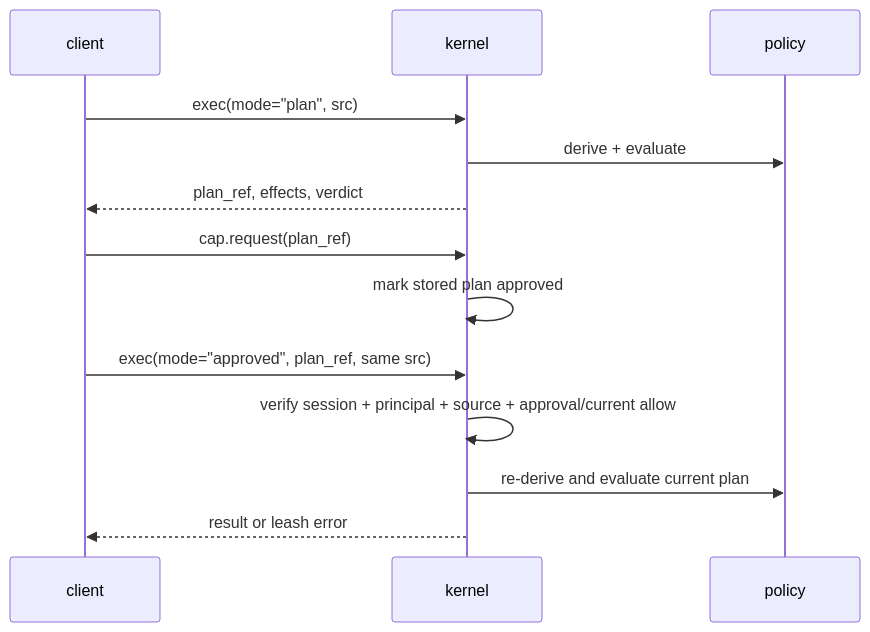
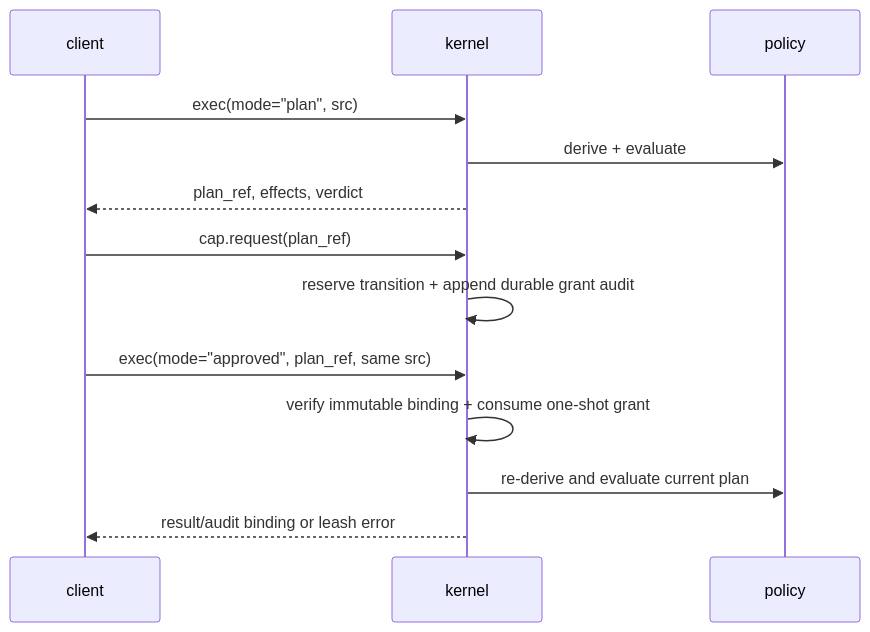
The second of 4 diagrams in site/content/internals/effects-plans-security.md (alliecatowo/shoal), drawn with Mermaid before and after one commit. The commit also changed other lines of this file and 33 other files, not shown here.

````diff
--- a/site/content/internals/effects-plans-security.md
+++ b/site/content/internals/effects-plans-security.md
@@ -121,17 +121,17 @@
 ```mermaid
 sequenceDiagram
 accTitle: Approval lifecycle in the kernel
 accDescr: Shows the components and relationships described in Approval lifecycle in the kernel.
   participant C as client
   participant K as kernel
   participant P as policy
   C->>K: exec(mode="plan", src)
   K->>P: derive + evaluate
   K-->>C: plan_ref, effects, verdict
   C->>K: cap.request(plan_ref)
-  K->>K: mark stored plan approved
+  K->>K: reserve transition + append durable grant audit
   C->>K: exec(mode="approved", plan_ref, same src)
-  K->>K: verify session + principal + source + approval/current allow
+  K->>K: verify immutable binding + consume one-shot grant
   K->>P: re-derive and evaluate current plan
-  K-->>C: result or leash error
+  K-->>C: result/audit binding or leash error
 ```
````
